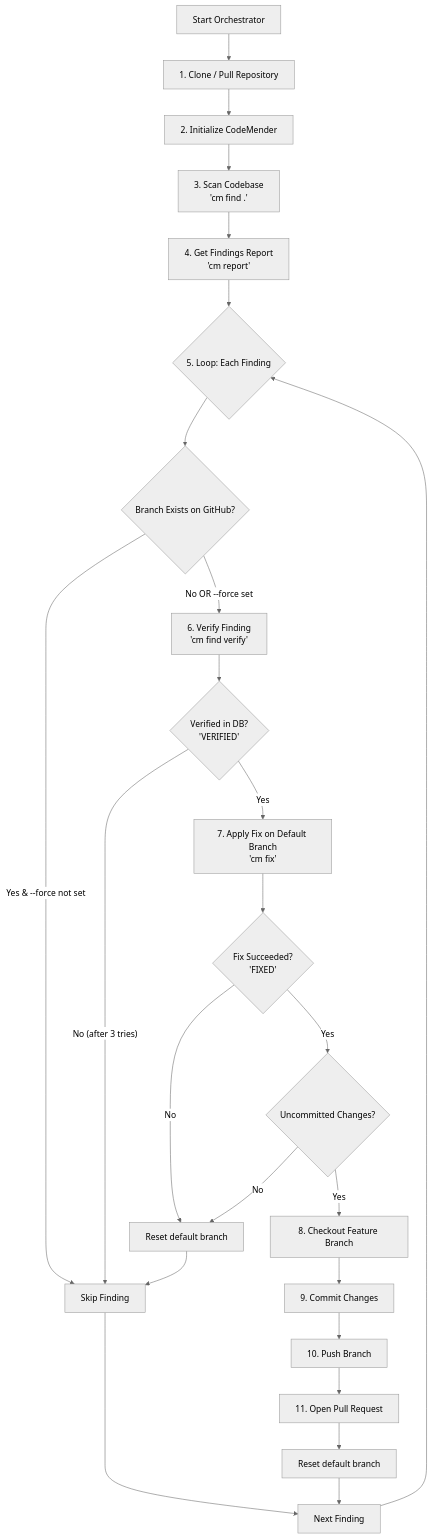
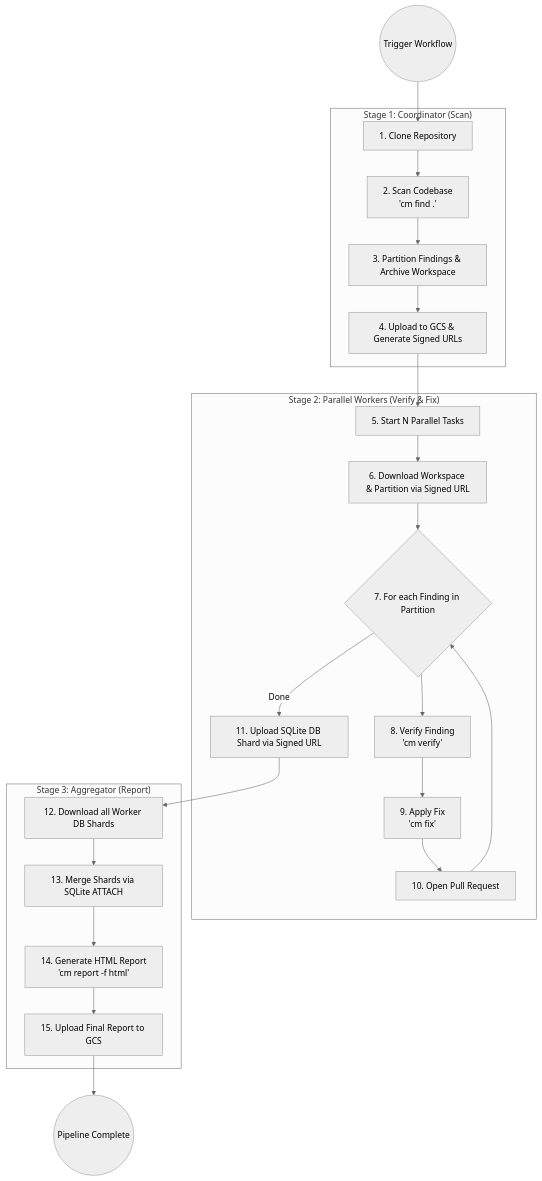
The diagram in README.md (niteshtadepalli/bokeh), drawn with Mermaid (neutral theme) before and after one commit. The commit also changed other lines of this file and 1 other file, not shown here.

````diff
--- a/README.md
+++ b/README.md
@@ -42,32 +47,32 @@
 ```mermaid
 graph TD
-    Start[Start Orchestrator] --> Sync[1. Clone / Pull Repository]
-    Sync --> Init[2. Initialize CodeMender]
-    Init --> Scan[3. Scan Codebase<br/>'cm find .']
-    Scan --> Report[4. Get Findings Report<br/>'cm report']
-    Report --> LoopStart{5. Loop: Each Finding}
+    Start((Trigger Workflow)) --> Stage1
 
-    LoopStart --> CheckBranch{Branch Exists on GitHub?}
-    CheckBranch -->|"Yes & --force not set"| Skip[Skip Finding]
-    CheckBranch -->|"No OR --force set"| Verify[6. Verify Finding<br/>'cm find verify']
+    subgraph "Stage 1: Coordinator (Scan)"
+    Stage1[1. Clone Repository] --> S1Scan[2. Scan Codebase<br/>'cm find .']
+    S1Scan --> S1Part[3. Partition Findings & Archive Workspace]
+    S1Part --> S1Upload[4. Upload to GCS & Generate Signed URLs]
+    end
 
-    Verify --> IsVerified{Verified in DB?<br/>'VERIFIED'}
-    IsVerified -->|"No (after 3 tries)"| Skip
-    IsVerified -->|Yes| ApplyFix[7. Apply Fix on Default Branch<br/>'cm fix']
+    S1Upload --> Stage2
 
-    ApplyFix --> IsFixed{Fix Succeeded?<br/>'FIXED'}
-    IsFixed -->|No| ResetDefault[Reset default branch]
-    ResetDefault --> Skip
+    subgraph "Stage 2: Parallel Workers (Verify & Fix)"
+    Stage2[5. Start N Parallel Tasks] --> WDL[6. Download Workspace & Partition via Signed URL]
+    WDL --> WLoop{7. For each Finding in Partition}
+    WLoop --> WVerify[8. Verify Finding<br/>'cm verify']
+    WVerify --> WFix[9. Apply Fix<br/>'cm fix']
+    WFix --> WPR[10. Open Pull Request]
+    WPR --> WLoop
+    WLoop -- Done --> WUpload[11. Upload SQLite DB Shard via Signed URL]
+    end
 
-    IsFixed -->|Yes| HasChanges{Uncommitted Changes?}
-    HasChanges -->|No| ResetDefault
-    HasChanges -->|Yes| SwitchBranch[8. Checkout Feature Branch]
+    WUpload --> Stage3
 
-    SwitchBranch --> Commit[9. Commit Changes]
-    Commit --> Push[10. Push Branch]
-    Push --> PR[11. Open Pull Request]
-    PR --> ResetDefault2[Reset default branch]
-    ResetDefault2 --> NextFinding[Next Finding]
-    Skip --> NextFinding
-    NextFinding --> LoopStart
+    subgraph "Stage 3: Aggregator (Report)"
+    Stage3[12. Download all Worker DB Shards] --> S3Merge[13. Merge Shards via SQLite ATTACH]
+    S3Merge --> S3Report[14. Generate HTML Report<br/>'cm report -f html']
+    S3Report --> S3Upload[15. Upload Final Report to GCS]
+    end
+
+    S3Upload --> Finish((Pipeline Complete))
 ```
````
